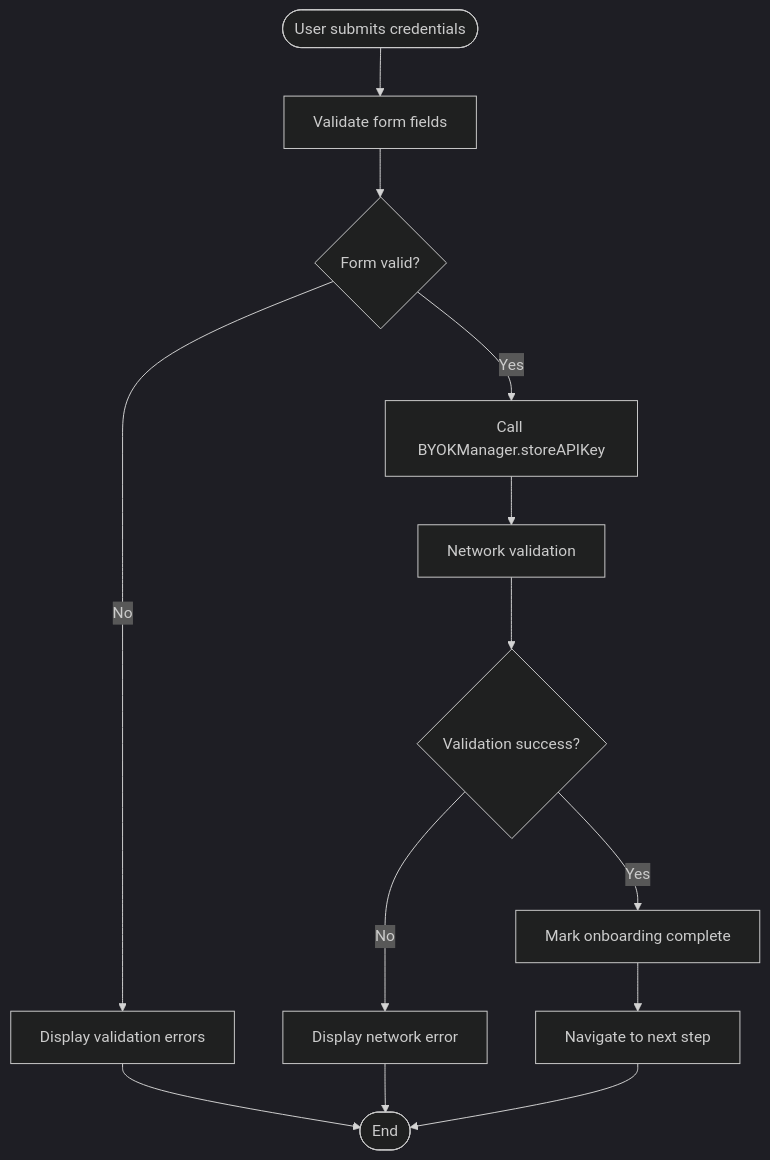
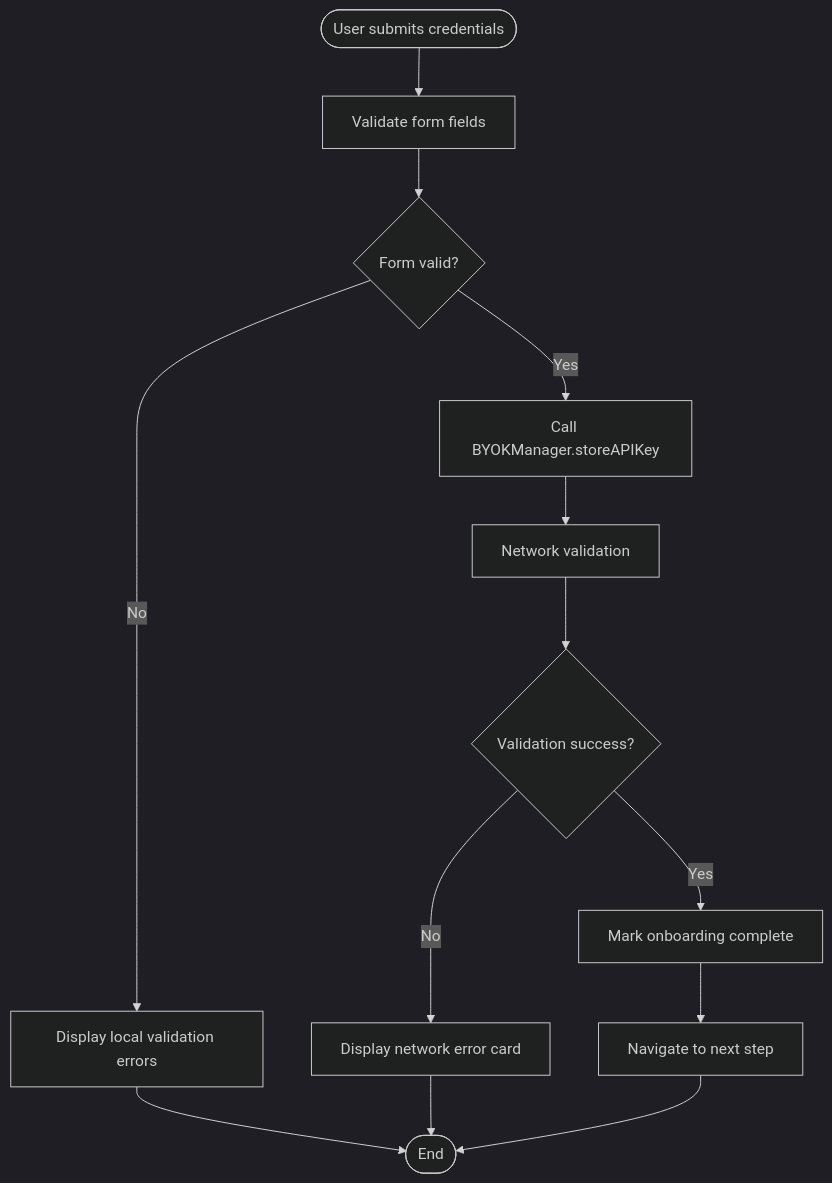
One commit to JAaron93/StyleSync changed the fifth of 6 diagrams in .qoder/repowiki/en/content/Feature Implementation/Onboarding System/Onboarding Screen.md. Above: the diagram before and after it, drawn with Mermaid (dark theme). The commit also changed other lines of this file and 36 other files, not shown here.

````diff
--- a/.qoder/repowiki/en/content/Feature Implementation/Onboarding System/Onboarding Screen.md
+++ b/.qoder/repowiki/en/content/Feature Implementation/Onboarding System/Onboarding Screen.md
@@ -236,15 +341,15 @@
 ```mermaid
 flowchart TD
 Start([User submits credentials]) --> ValidateForm["Validate form fields"]
 ValidateForm --> FormValid{"Form valid?"}
-FormValid --> |No| ShowErrors["Display validation errors"]
+FormValid --> |No| ShowLocalErrors["Display local validation errors"]
 FormValid --> |Yes| CallValidator["Call BYOKManager.storeAPIKey"]
 CallValidator --> NetworkCall["Network validation"]
 NetworkCall --> NetworkSuccess{"Validation success?"}
 NetworkSuccess --> |Yes| MarkComplete["Mark onboarding complete"]
-NetworkSuccess --> |No| ShowNetworkError["Display network error"]
+NetworkSuccess --> |No| ShowNetworkError["Display network error card"]
+ShowLocalErrors --> End([End])
+ShowNetworkError --> End
 MarkComplete --> NavigateNext["Navigate to next step"]
-ShowErrors --> End([End])
-ShowNetworkError --> End
 NavigateNext --> End
 ```
````
